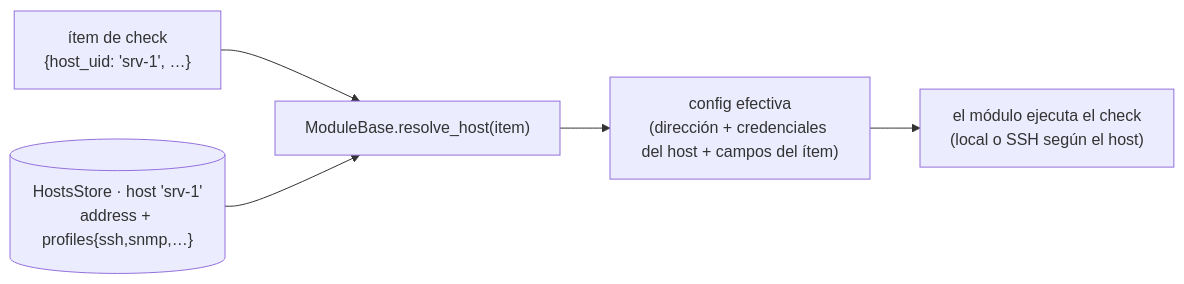
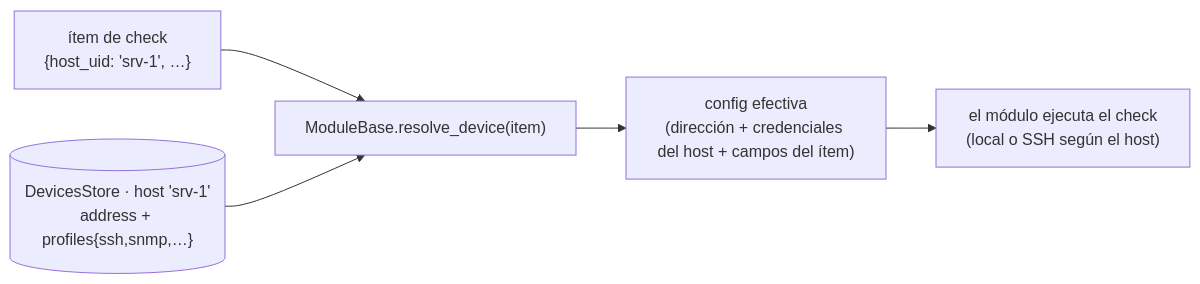
One commit to vsc55/ServiceSentry changed the first of 2 diagrams in docs/explica-hosts.md. Above: the diagram before and after it, drawn with Mermaid. The commit also changed other lines of this file and 434 other files, not shown here.

````diff
--- a/docs/explica-hosts.md
+++ b/docs/explica-hosts.md
@@ -86,7 +86,7 @@
 ```mermaid
 flowchart LR
-    item["ítem de check<br/>{host_uid: 'srv-1', …}"] --> res["ModuleBase.resolve_host(item)"]
-    store[("HostsStore · host 'srv-1'<br/>address + profiles{ssh,snmp,…}")] --> res
+    item["ítem de check<br/>{host_uid: 'srv-1', …}"] --> res["ModuleBase.resolve_device(item)"]
+    store[("DevicesStore · host 'srv-1'<br/>address + profiles{ssh,snmp,…}")] --> res
     res --> merged["config efectiva<br/>(dirección + credenciales del host + campos del ítem)"]
     merged --> exec["el módulo ejecuta el check<br/>(local o SSH según el host)"]
 ```
````
